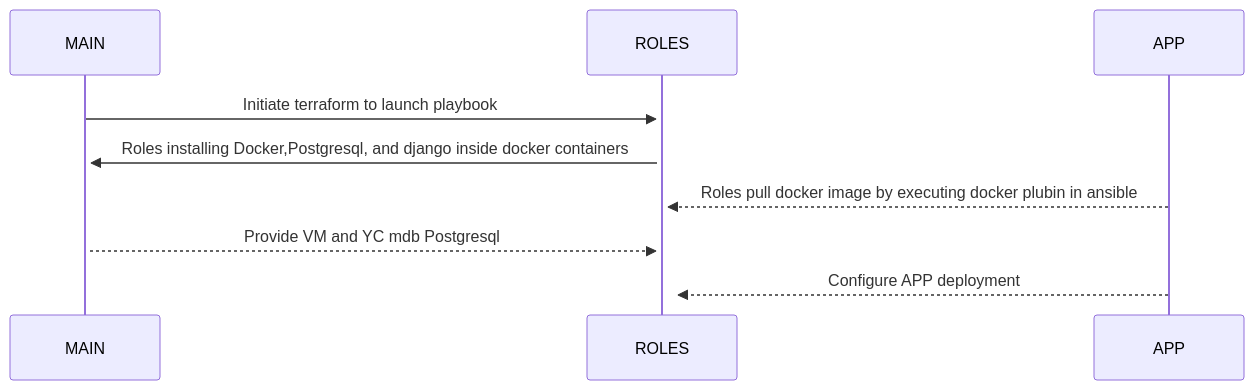
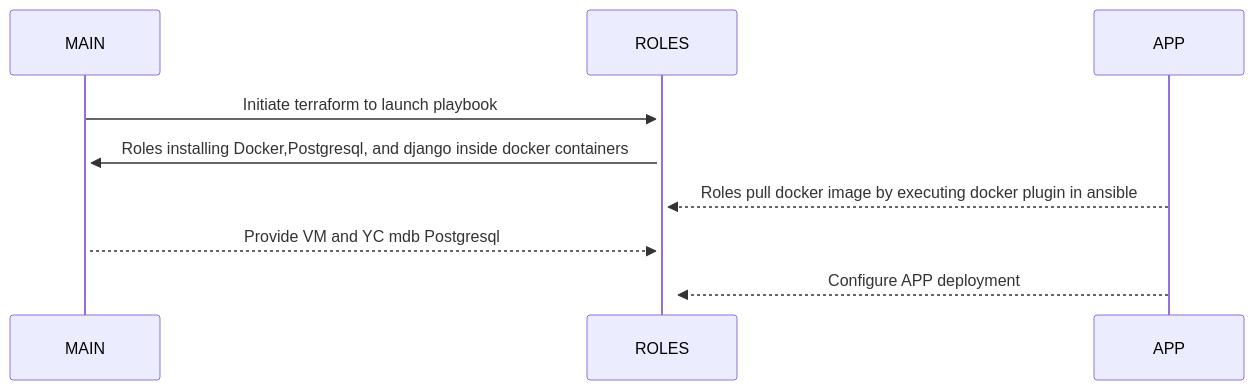
One commit to Morshimus/SkillFactory-B7-Project-Work-Webapp-MAIN changed the diagram in README.md. Above: the diagram before and after it, drawn with Mermaid.

````diff
--- a/README.md
+++ b/README.md
@@ -25,8 +25,8 @@
 ```mermaid
 sequenceDiagram
     MAIN->>+ROLES: Initiate terraform to launch playbook
     ROLES->>+MAIN: Roles installing Docker,Postgresql, and django inside docker containers
-    APP-->>+ROLES: Roles pull docker image by executing docker plubin in ansible
+    APP-->>+ROLES: Roles pull docker image by executing docker plugin in ansible
     MAIN-->>+ROLES: Provide VM and YC mdb Postgresql
     APP-->>+ROLES: Configure APP deployment 
 ```
````
